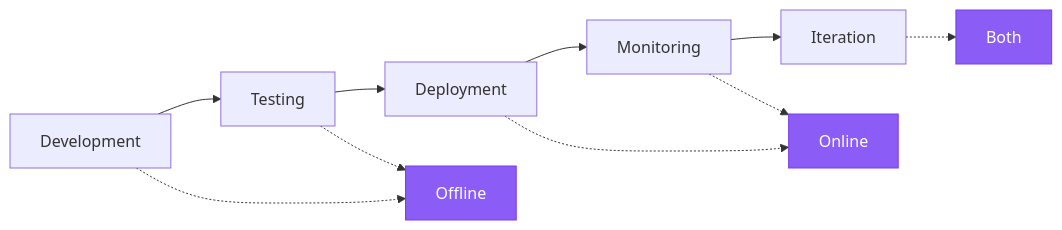
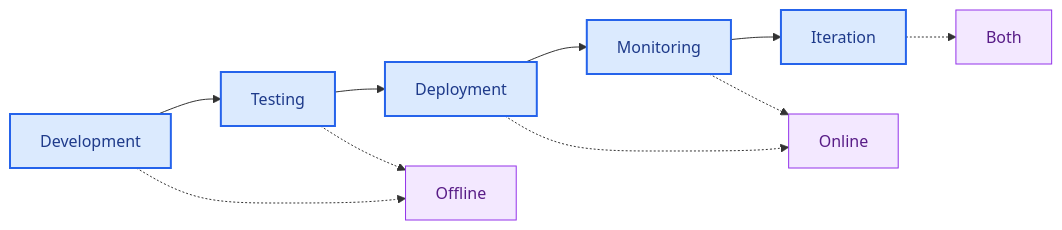
The diagram in build/langsmith/evaluation-concepts.mdx (bansalkanav/docs), drawn with Mermaid before and after one commit. The commit also changed other lines of this file and 2887 other files, not shown here.

````diff
--- a/build/langsmith/evaluation-concepts.mdx
+++ b/build/langsmith/evaluation-concepts.mdx
@@ -48,17 +48,21 @@
 ```mermaid
 graph LR
     A[Development] --> B[Testing]
     B --> C[Deployment]
     C --> D[Monitoring]
     D --> E[Iteration]
 
     A -.-> F[Offline]
     B -.-> F
     C -.-> G[Online]
     D -.-> G
     E -.-> H[Both]
 
-    style F fill:#8b5cf6,stroke:#7c3aed,color:#fff
-    style G fill:#8b5cf6,stroke:#7c3aed,color:#fff
-    style H fill:#8b5cf6,stroke:#7c3aed,color:#fff
+    classDef process fill:#DBEAFE,stroke:#2563EB,stroke-width:2px,color:#1E3A8A
+
+    class A,B,C,D,E process
+
+    style F fill:#F3E8FF,stroke:#9333EA,color:#581C87
+    style G fill:#F3E8FF,stroke:#9333EA,color:#581C87
+    style H fill:#F3E8FF,stroke:#9333EA,color:#581C87
 ```
````
